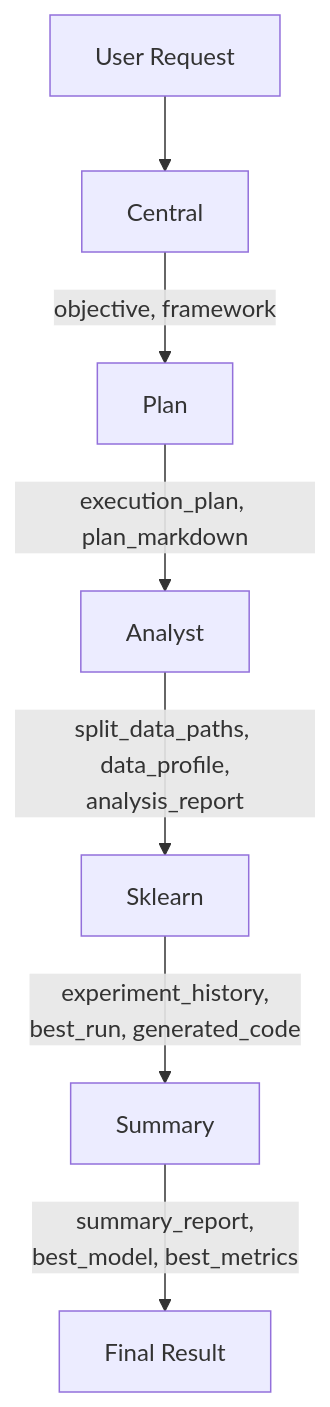
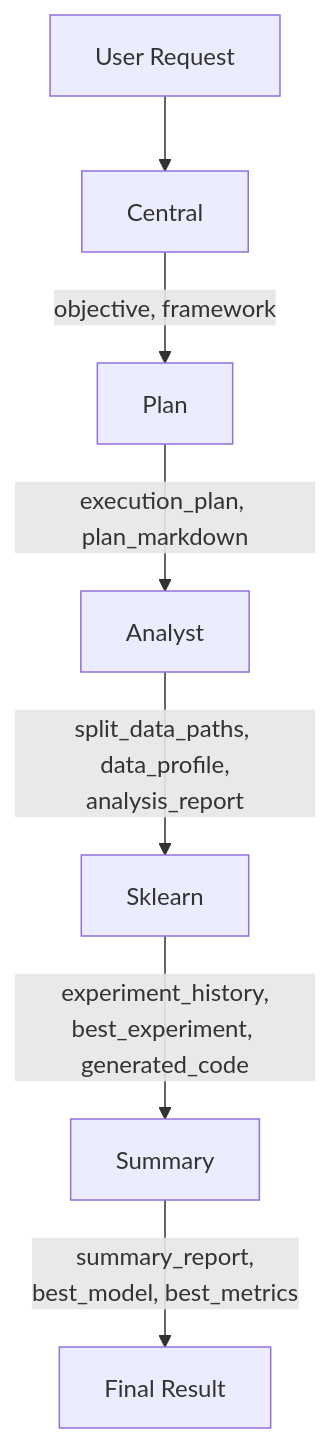
The second of 2 diagrams in backend/src/scientist_bin_backend/agents/README.md (lblogan14/Scientist-Bin), drawn with Mermaid before and after one commit. The commit also changed 4 other files, not shown here.

````diff
--- a/backend/src/scientist_bin_backend/agents/README.md
+++ b/backend/src/scientist_bin_backend/agents/README.md
@@ -43,9 +43,9 @@
 ```mermaid
 graph TD
     User["User Request"] --> Central
     Central -->|objective, framework| Plan
     Plan -->|execution_plan, plan_markdown| Analyst
     Analyst -->|split_data_paths, data_profile,<br/>analysis_report| Sklearn
-    Sklearn -->|experiment_history,<br/>best_run, generated_code| Summary
+    Sklearn -->|experiment_history,<br/>best_experiment, generated_code| Summary
     Summary -->|summary_report,<br/>best_model, best_metrics| Result["Final Result"]
 ```
````
